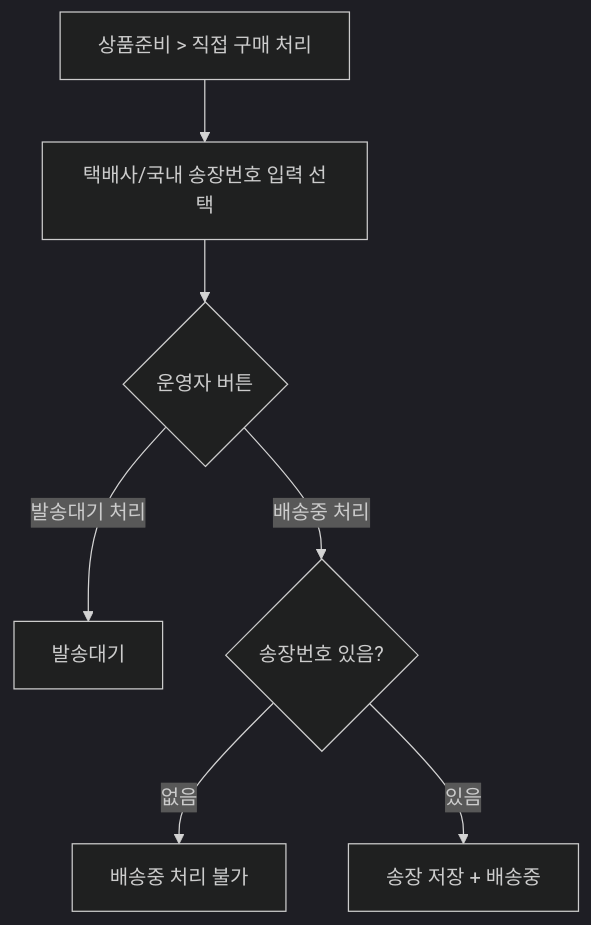
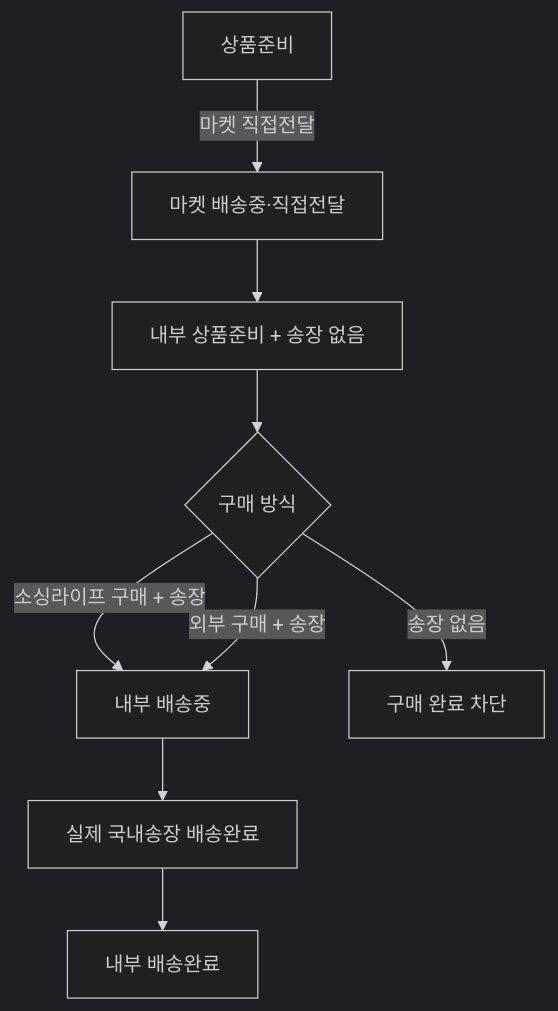
One commit to moonceo/Jmpp changed the third of 4 diagrams in docs/08_유저플로우/01_주문처리_유저플로우.md. Above: the diagram before and after it, drawn with Mermaid (dark theme). The commit also changed other lines of this file and 245 other files, not shown here.

````diff
--- a/docs/08_유저플로우/01_주문처리_유저플로우.md
+++ b/docs/08_유저플로우/01_주문처리_유저플로우.md
@@ -82,9 +71,11 @@
 ```mermaid
 flowchart TD
-    A["상품준비 > 직접 구매 처리"] --> B["택배사/국내 송장번호 입력 선택"]
-    B --> C{"운영자 버튼"}
-    C -->|"발송대기 처리"| D["발송대기"]
-    C -->|"배송중 처리"| E{"송장번호 있음?"}
-    E -->|"없음"| F["배송중 처리 불가"]
-    E -->|"있음"| G["송장 저장 + 배송중"]
+    A["상품준비"] -->|"마켓 직접전달"| B["마켓 배송중·직접전달"]
+    B --> C["내부 상품준비 + 송장 없음"]
+    C --> D{"구매 방식"}
+    D -->|"소싱라이프 구매 + 송장"| E["내부 배송중"]
+    D -->|"외부 구매 + 송장"| E
+    D -->|"송장 없음"| F["구매 완료 차단"]
+    E --> G["실제 국내송장 배송완료"]
+    G --> H["내부 배송완료"]
 ```
````
